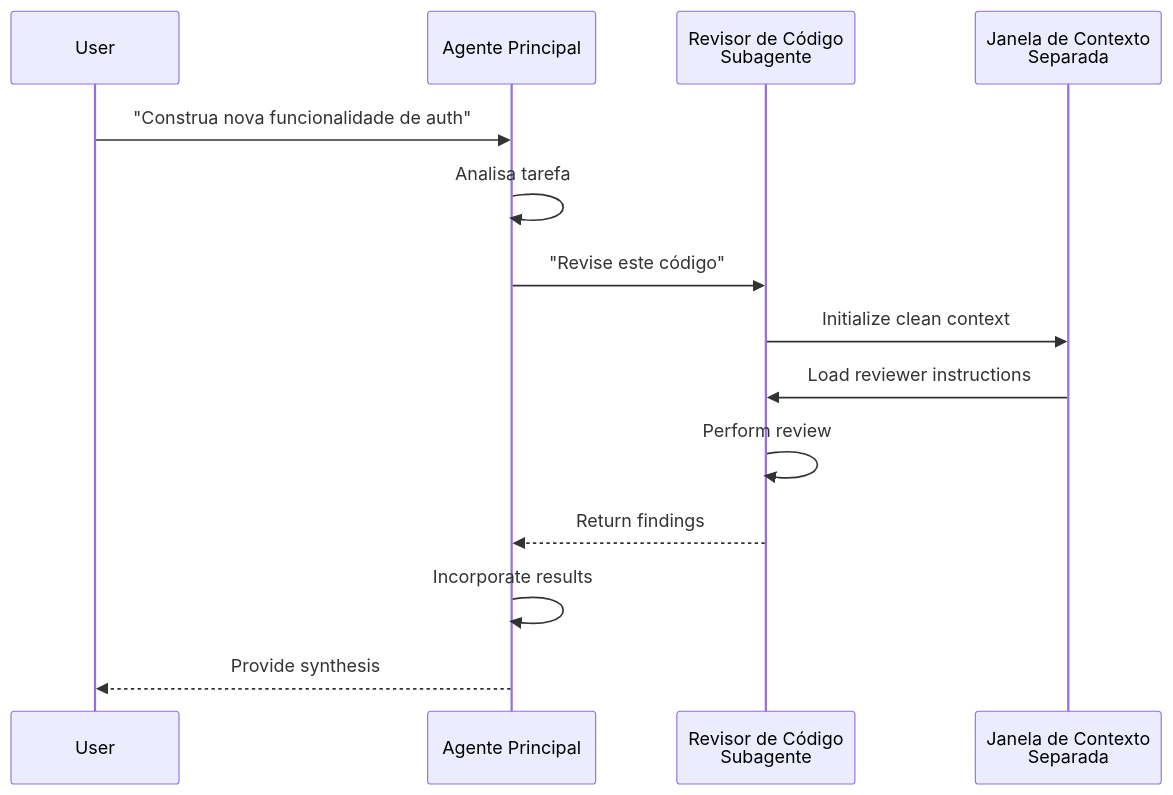
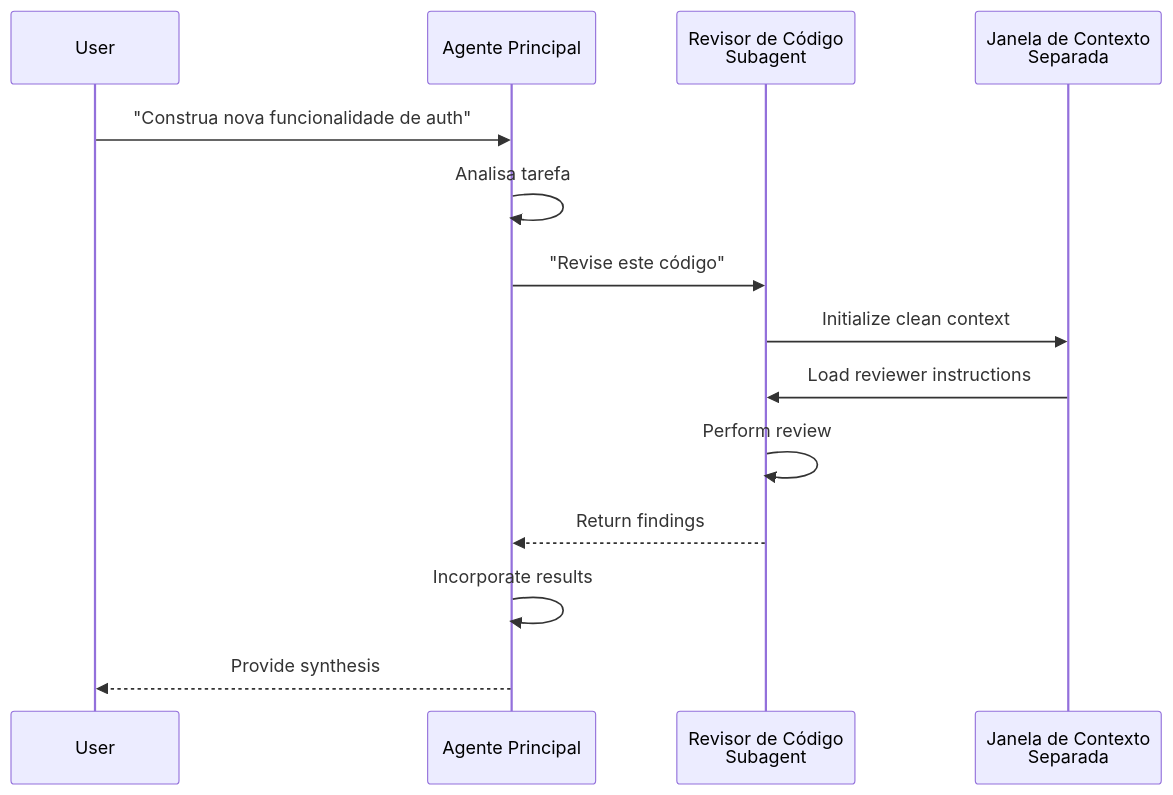
The fifth of 7 diagrams in pt-BR/04-subagents/README.md (Diegobecker07/claude-howto), drawn with Mermaid before and after one commit. The commit also changed other lines of this file and 26 other files, not shown here.

````diff
--- a/pt-BR/04-subagents/README.md
+++ b/pt-BR/04-subagents/README.md
@@ -771,17 +771,17 @@
 ```mermaid
 sequenceDiagram
     participant User
     participant MainAgent as Agente Principal
-    participant CodeReviewer as Revisor de Código<br/>Subagente
+    participant CodeReviewer as Revisor de Código<br/>Subagent
     participant Context as Janela de Contexto<br/>Separada
 
     User->>MainAgent: "Construa nova funcionalidade de auth"
     MainAgent->>MainAgent: Analisa tarefa
     MainAgent->>CodeReviewer: "Revise este código"
     CodeReviewer->>Context: Initialize clean context
     Context->>CodeReviewer: Load reviewer instructions
     CodeReviewer->>CodeReviewer: Perform review
     CodeReviewer-->>MainAgent: Return findings
     MainAgent->>MainAgent: Incorporate results
     MainAgent-->>User: Provide synthesis
 ```
````
